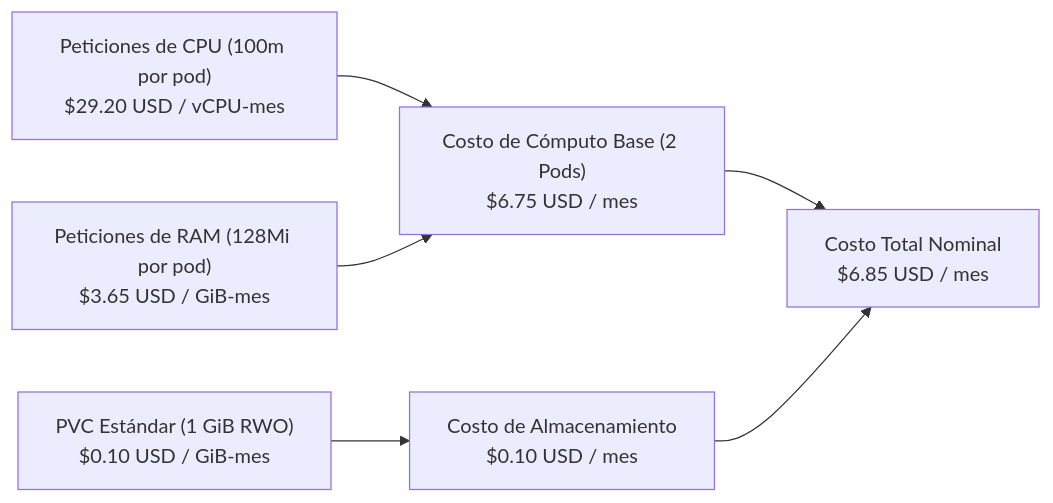
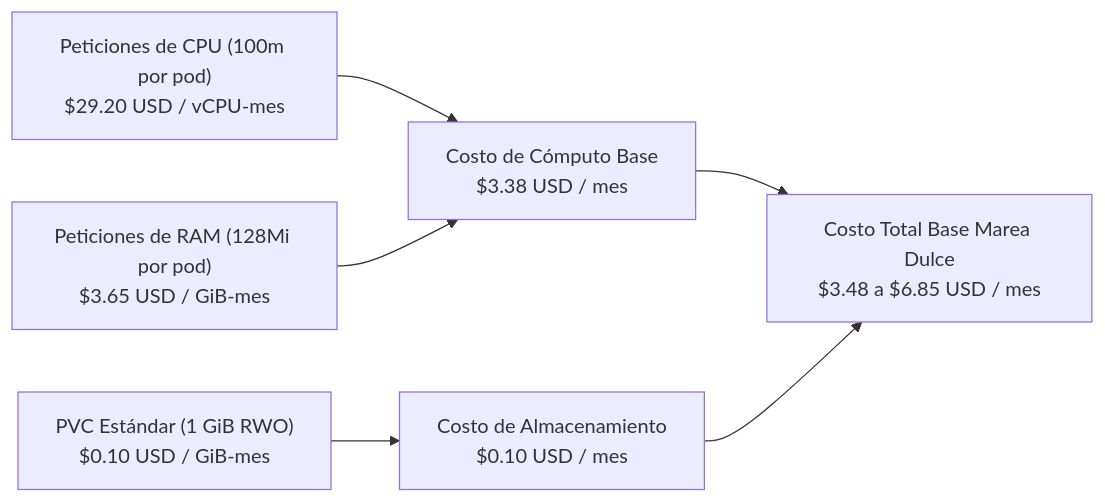
One commit to Esteban-GV/MareaDulce_Recreate changed the diagram in docs/kubecost-value.md. Above: the diagram before and after it, drawn with Mermaid. The commit also changed other lines of this file and 138 other files, not shown here.

Commit message:
feat(docs): migrate documentation, platform and architecture to Marea Dulce Recreate deployment

````diff
--- a/docs/kubecost-value.md
+++ b/docs/kubecost-value.md
@@ -7,7 +7,7 @@
 ```mermaid
 flowchart LR
-    CPU["Peticiones de CPU (100m por pod)\n$29.20 USD / vCPU-mes"] --> Comp["Costo de Cómputo Base (2 Pods)\n$6.75 USD / mes"]
+    CPU["Peticiones de CPU (100m por pod)\n$29.20 USD / vCPU-mes"] --> Comp["Costo de Cómputo Base\n$3.38 USD / mes"]
     RAM["Peticiones de RAM (128Mi por pod)\n$3.65 USD / GiB-mes"] --> Comp
     PVC["PVC Estándar (1 GiB RWO)\n$0.10 USD / GiB-mes"] --> Stor["Costo de Almacenamiento\n$0.10 USD / mes"]
-    Comp & Stor --> Total["Costo Total Nominal\n$6.85 USD / mes"]
+    Comp & Stor --> Total["Costo Total Base Marea Dulce\n$3.48 a $6.85 USD / mes"]
 ```
````
